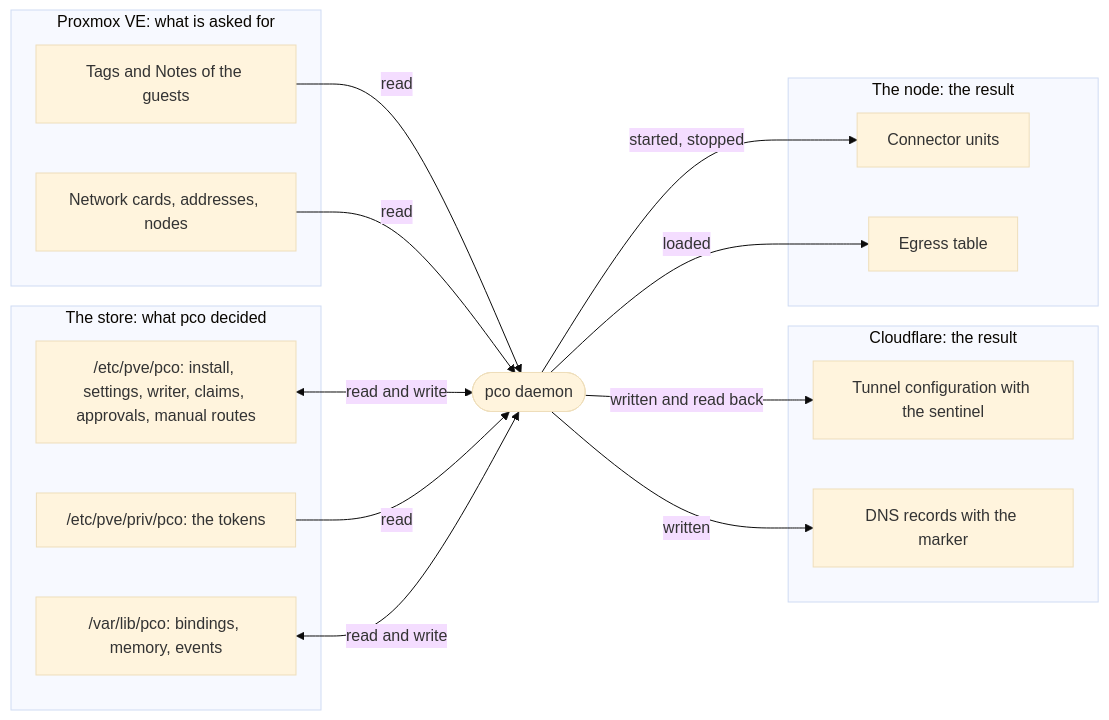
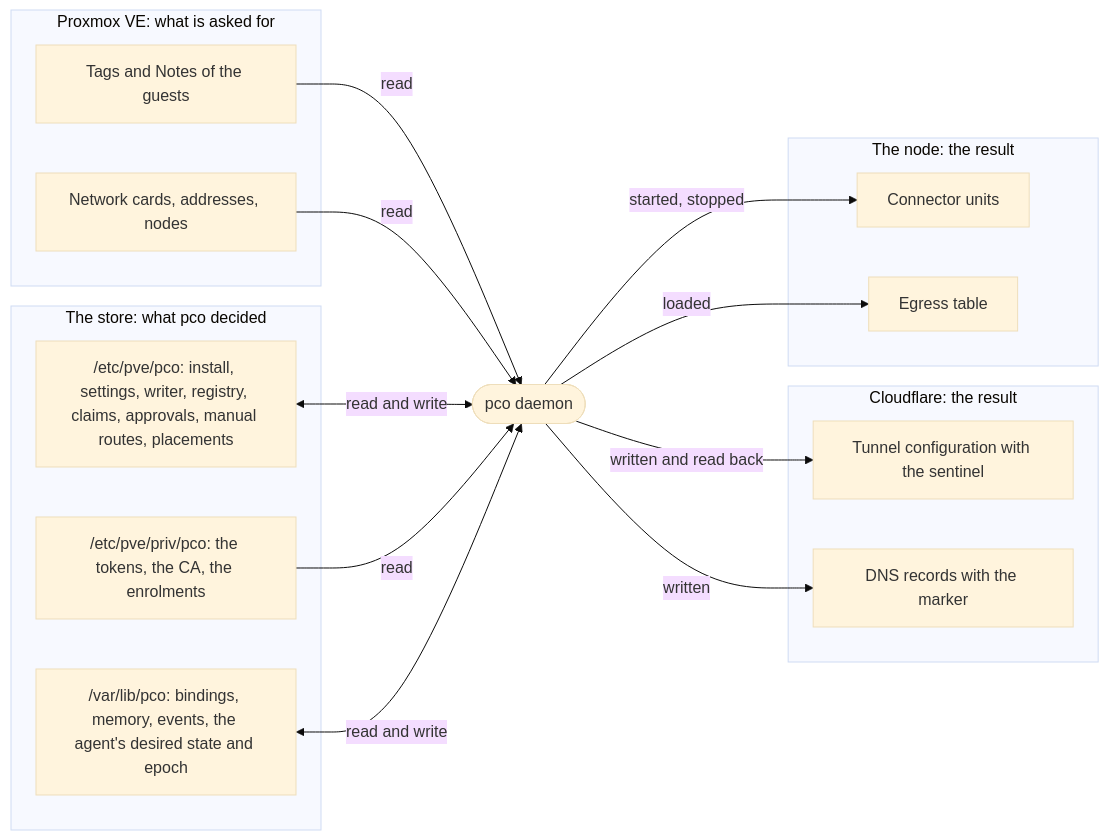
The eighth of 8 diagrams in docs/architecture.md (anaryk/proxmox-cloudflared-operator), drawn with Mermaid (base theme) before and after one commit. The commit also changed other lines of this file and 23 other files, not shown here.

````diff
--- a/docs/architecture.md
+++ b/docs/architecture.md
@@ -505,30 +780,30 @@
 ```mermaid
 flowchart LR
     subgraph proxmox["Proxmox VE: what is asked for"]
         notes["Tags and Notes of the guests"]
         config["Network cards, addresses, nodes"]
     end
     subgraph store["The store: what pco decided"]
-        shared["/etc/pve/pco: install, settings, writer, claims, approvals, manual routes"]
-        secret["/etc/pve/priv/pco: the tokens"]
-        local["/var/lib/pco: bindings, memory, events"]
+        shared["/etc/pve/pco: install, settings, writer, registry, claims, approvals, manual routes, placements"]
+        secret["/etc/pve/priv/pco: the tokens, the CA, the enrolments"]
+        local["/var/lib/pco: bindings, memory, events, the agent's desired state and epoch"]
     end
     subgraph cloudflare["Cloudflare: the result"]
         tunnel["Tunnel configuration with the sentinel"]
         records["DNS records with the marker"]
     end
     subgraph kernel["The node: the result"]
         units["Connector units"]
         table["Egress table"]
     end
     daemon(["pco daemon"])
     notes -->|"read"| daemon
     config -->|"read"| daemon
     shared <-->|"read and write"| daemon
     secret -->|"read"| daemon
     local <-->|"read and write"| daemon
     daemon -->|"written and read back"| tunnel
     daemon -->|"written"| records
     daemon -->|"started, stopped"| units
     daemon -->|"loaded"| table
 ```
````
